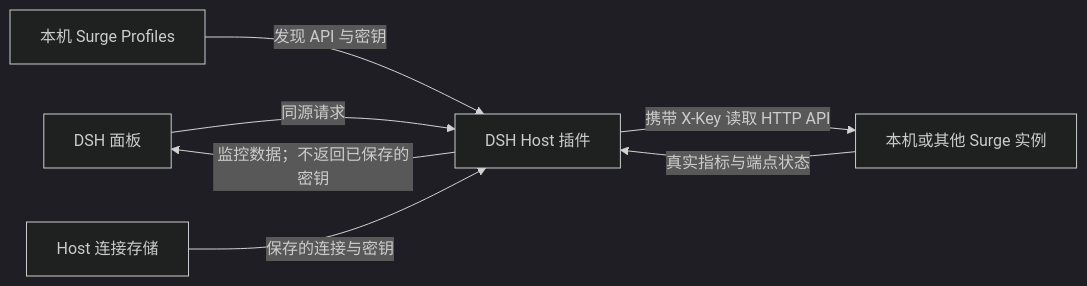
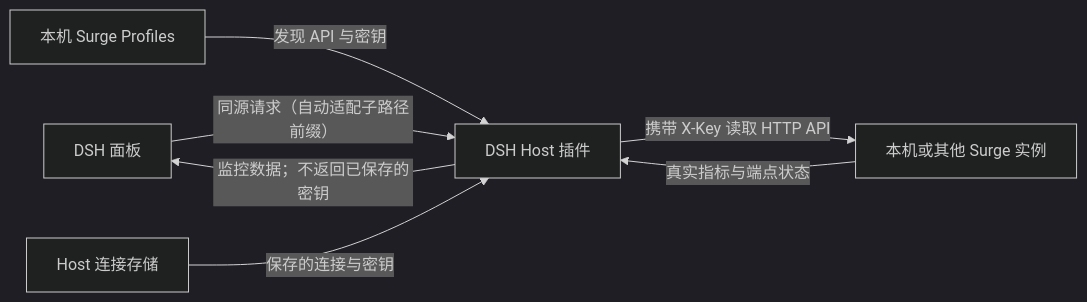
The diagram in README.md (pc439527/dsh-surge-panel), drawn with Mermaid (dark theme) before and after one commit. The commit also changed other lines of this file and 10 other files, not shown here.

````diff
--- a/README.md
+++ b/README.md
@@ -84,9 +103,9 @@
 ```mermaid
 flowchart LR
-    UI[DSH 面板] -->|同源请求| Host[DSH Host 插件]
+    UI[DSH 面板] -->|"同源请求（自动适配子路径前缀）"| Host[DSH Host 插件]
     Profiles[本机 Surge Profiles] -->|发现 API 与密钥| Host
     Store[Host 连接存储] -->|保存的连接与密钥| Host
     Host -->|携带 X-Key 读取 HTTP API| Surge[本机或其他 Surge 实例]
     Surge -->|真实指标与端点状态| Host
     Host -->|监控数据；不返回已保存的密钥| UI
 ```
````
